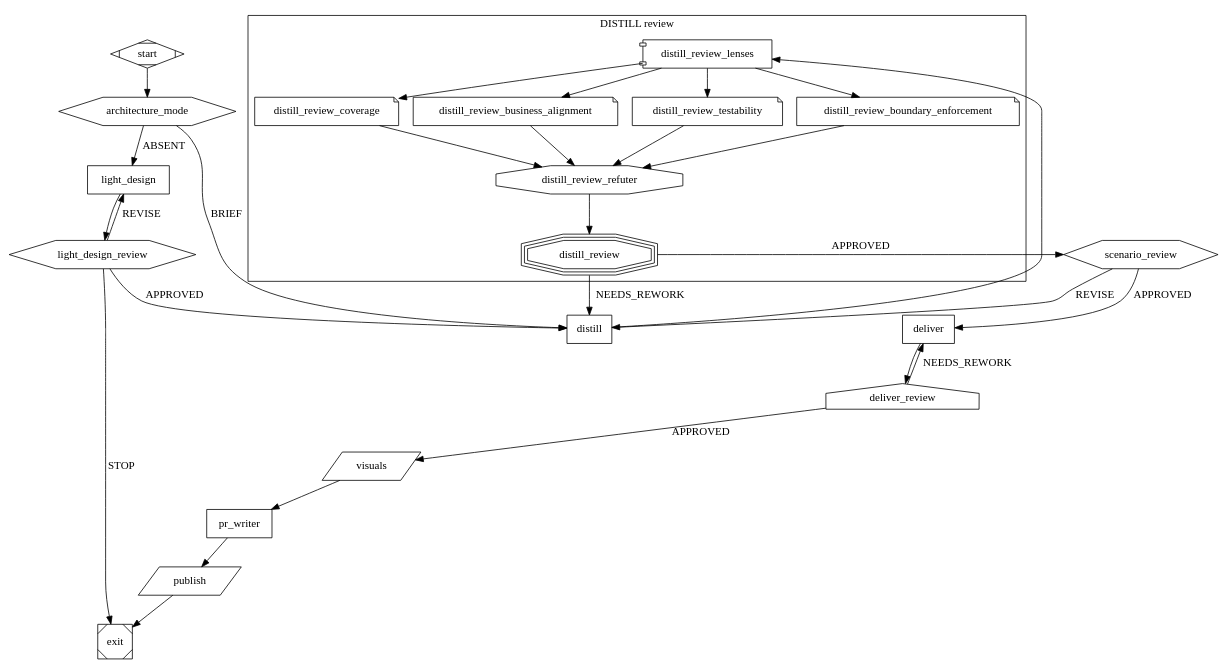
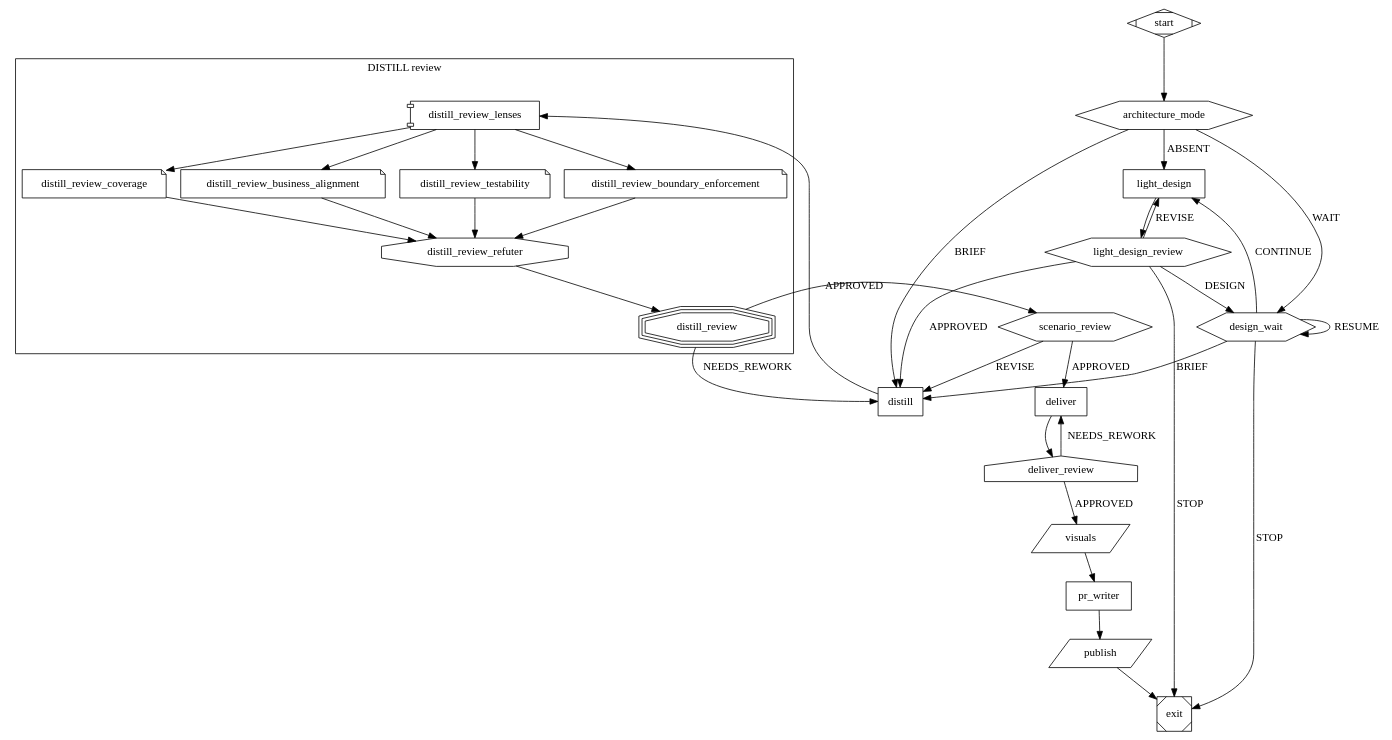
The diagram in plugins/skraft-deliver/workflows/pipeline.skraft.dot (SebastienDegodez/skraft-plugin), drawn with Graphviz before and after one commit. The commit also changed 23 other files, not shown here.

```diff
--- a/plugins/skraft-deliver/workflows/pipeline.skraft.dot
+++ b/plugins/skraft-deliver/workflows/pipeline.skraft.dot
@@ -1,48 +1,55 @@
 digraph deliver {
   graph [version="2", goal="Deliver the story", input_architecture="optional", input_story="required"]
 
   start    [shape=Mdiamond]
   architecture_mode [shape=hexagon, question="architecture-mode", phase="DESIGN"]
   light_design [shape=box, agent="deliver-light-designer", phase="DESIGN"]
   light_design_review [shape=hexagon, question="light-design-review"]
+  design_wait [shape=hexagon, question="architecture-wait"]
   distill  [shape=box, agent="deliver-acceptance-designer", phase="DISTILL"]
   subgraph cluster_distill_review {
     label="DISTILL review"
     distill_review_lenses [shape=component]
     distill_review_coverage [shape=note, lens="coverage"]
     distill_review_business_alignment [shape=note, lens="business-alignment"]
     distill_review_testability [shape=note, lens="testability"]
     distill_review_boundary_enforcement [shape=note, lens="boundary-enforcement"]
     distill_review_refuter [shape=octagon, mandatory=true]
     distill_review [shape=tripleoctagon, mandatory=true]
   }
   scenario_review [shape=hexagon, question="scenario-review"]
   deliver  [shape=box, agent="deliver-software-engineer", phase="DELIVER"]
   deliver_review [shape=house, workflow="review", mandatory=true]
   visuals  [shape=parallelogram, publish="playwright-visuals", when="frontend"]
   pr_writer [shape=box, agent="deliver-pr-writer", phase="PUBLISH"]
   publish  [shape=parallelogram, publish="pull-request"]
   exit     [shape=Msquare]
 
   start -> architecture_mode
   architecture_mode -> distill [label="BRIEF"]
   architecture_mode -> light_design [label="ABSENT"]
+  architecture_mode -> design_wait [label="WAIT"]
   light_design -> light_design_review
   light_design_review -> distill [label="APPROVED"]
   light_design_review -> light_design [label="REVISE", max_visits=2]
+  light_design_review -> design_wait [label="DESIGN", max_visits=2]
   light_design_review -> exit [label="STOP"]
+  design_wait -> distill [label="BRIEF"]
+  design_wait -> design_wait [label="RESUME", max_visits=50]
+  design_wait -> light_design [label="CONTINUE"]
+  design_wait -> exit [label="STOP"]
   distill -> distill_review_lenses
   distill_review_lenses -> distill_review_coverage -> distill_review_refuter
   distill_review_lenses -> distill_review_business_alignment -> distill_review_refuter
   distill_review_lenses -> distill_review_testability -> distill_review_refuter
   distill_review_lenses -> distill_review_boundary_enforcement -> distill_review_refuter
   distill_review_refuter -> distill_review
   distill_review -> distill [label="NEEDS_REWORK", max_visits=2]
   distill_review -> scenario_review [label="APPROVED"]
   scenario_review -> deliver [label="APPROVED"]
   scenario_review -> distill [label="REVISE", max_visits=2]
   deliver -> deliver_review
   deliver_review -> deliver [label="NEEDS_REWORK", max_visits=2]
   deliver_review -> visuals [label="APPROVED"]
   visuals -> pr_writer -> publish -> exit
 }
```
